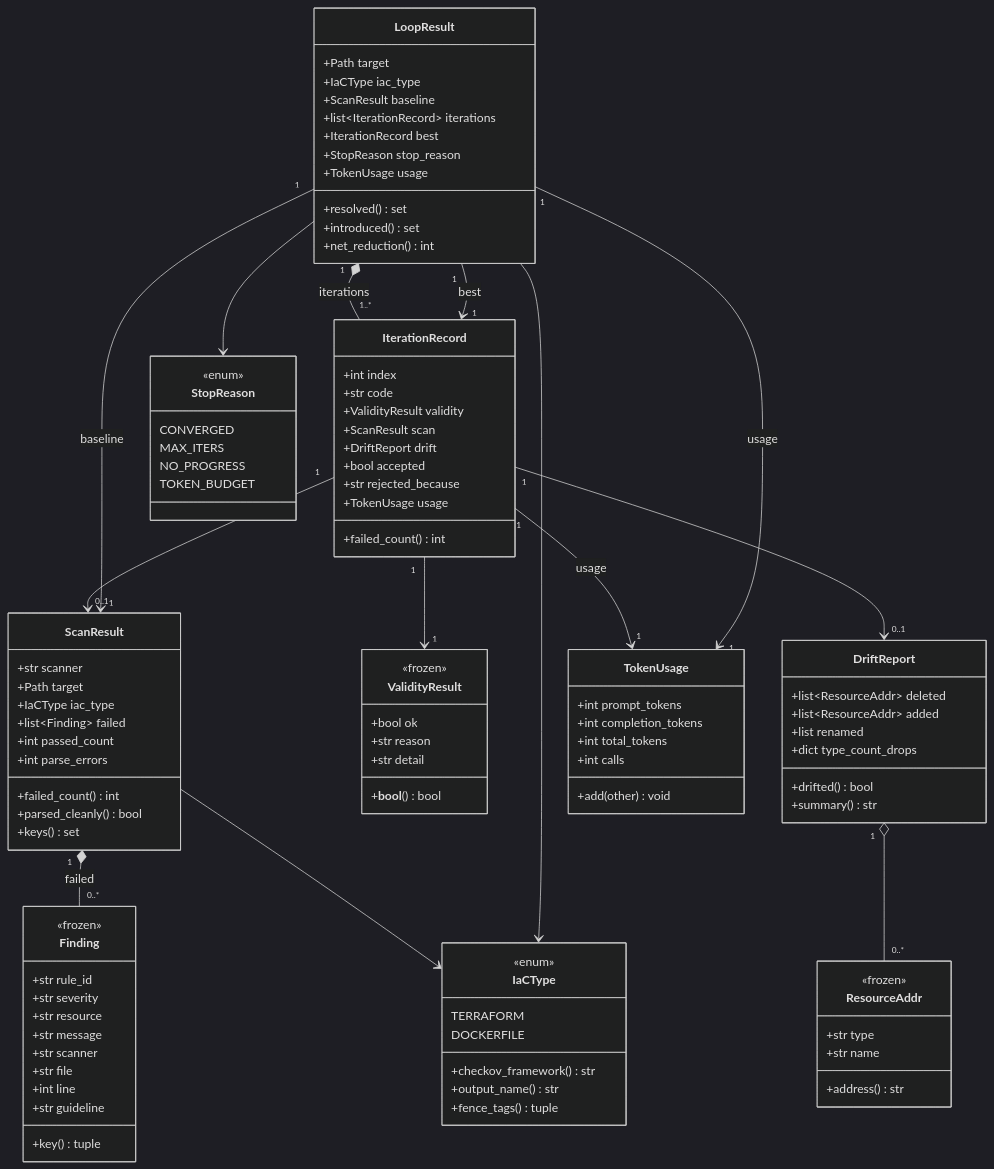
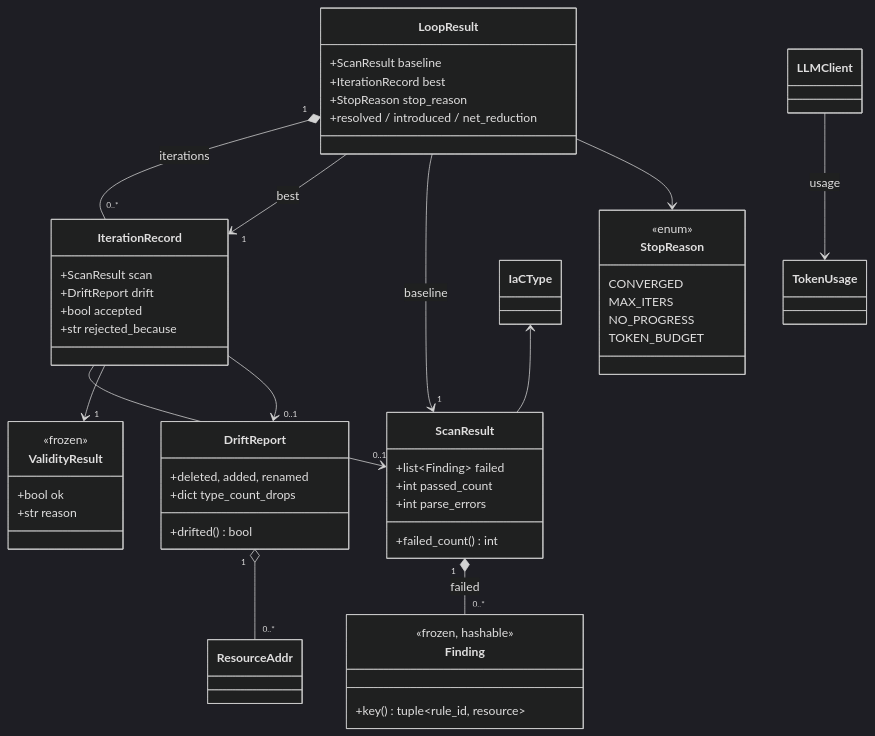
The second of 3 diagrams in docs/LLD.md (Shlok014/llm-iac-security), drawn with Mermaid (dark theme) before and after one commit. The commit also changed other lines of this file and 36 other files, not shown here.

````diff
--- a/docs/LLD.md
+++ b/docs/LLD.md
@@ -106,88 +58,37 @@
 ```mermaid
 classDiagram
-    class IaCType {
-        <<enum>>
-        TERRAFORM
-        DOCKERFILE
-        +checkov_framework() str
-        +output_name() str
-        +fence_tags() tuple
+    class Finding {
+        <<frozen, hashable>>
+        +key() tuple~rule_id, resource~
     }
-
-    class Finding {
-        <<frozen>>
-        +str rule_id
-        +str severity
-        +str resource
-        +str message
-        +str scanner
-        +str file
-        +int line
-        +str guideline
-        +key() tuple
-    }
-
     class ScanResult {
-        +str scanner
-        +Path target
-        +IaCType iac_type
         +list~Finding~ failed
         +int passed_count
         +int parse_errors
         +failed_count() int
-        +parsed_cleanly() bool
-        +keys() set
     }
-
     class ValidityResult {
         <<frozen>>
         +bool ok
         +str reason
-        +str detail
-        +__bool__() bool
     }
-
-    class ResourceAddr {
-        <<frozen>>
-        +str type
-        +str name
-        +address() str
-    }
-
     class DriftReport {
-        +list~ResourceAddr~ deleted
-        +list~ResourceAddr~ added
-        +list renamed
+        +deleted, added, renamed
         +dict type_count_drops
         +drifted() bool
-        +summary() str
     }
-
     class IterationRecord {
-        +int index
-        +str code
-        +ValidityResult validity
         +ScanResult scan
         +DriftReport drift
         +bool accepted
         +str rejected_because
-        +TokenUsage usage
-        +failed_count() int
     }
-
     class LoopResult {
-        +Path target
-        +IaCType iac_type
         +ScanResult baseline
-        +list~IterationRecord~ iterations
         +IterationRecord best
         +StopReason stop_reason
-        +TokenUsage usage
-        +resolved() set
-        +introduced() set
-        +net_reduction() int
+        +resolved / introduced / net_reduction
     }
-
     class StopReason {
         <<enum>>
         CONVERGED
@@ -196,25 +97,15 @@
         TOKEN_BUDGET
     }
 
-    class TokenUsage {
-        +int prompt_tokens
-        +int completion_tokens
-        +int total_tokens
-        +int calls
-        +add(other) void
-    }
-
     ScanResult "1" *-- "0..*" Finding : failed
-    ScanResult --> IaCType
     DriftReport "1" o-- "0..*" ResourceAddr
-    IterationRecord "1" --> "0..1" ScanResult
-    IterationRecord "1" --> "1" ValidityResult
-    IterationRecord "1" --> "0..1" DriftReport
-    LoopResult "1" *-- "1..*" IterationRecord : iterations
-    LoopResult "1" --> "1" IterationRecord : best
-    LoopResult "1" --> "1" ScanResult : baseline
+    IterationRecord --> "0..1" ScanResult
+    IterationRecord --> "1" ValidityResult
+    IterationRecord --> "0..1" DriftReport
+    LoopResult "1" *-- "0..*" IterationRecord : iterations
+    LoopResult --> "1" IterationRecord : best
+    LoopResult --> "1" ScanResult : baseline
     LoopResult --> StopReason
-    LoopResult --> IaCType
-    IterationRecord "1" --> "1" TokenUsage : usage
-    LoopResult "1" --> "1" TokenUsage : usage
+    IaCType <-- ScanResult
+    LLMClient --> TokenUsage : usage
 ```
````
